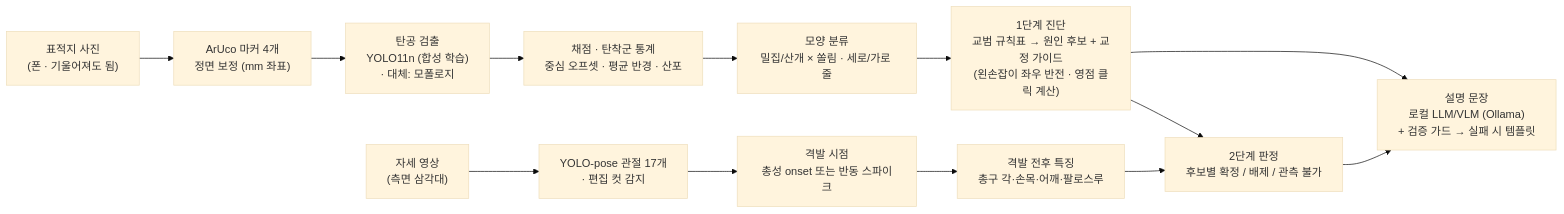
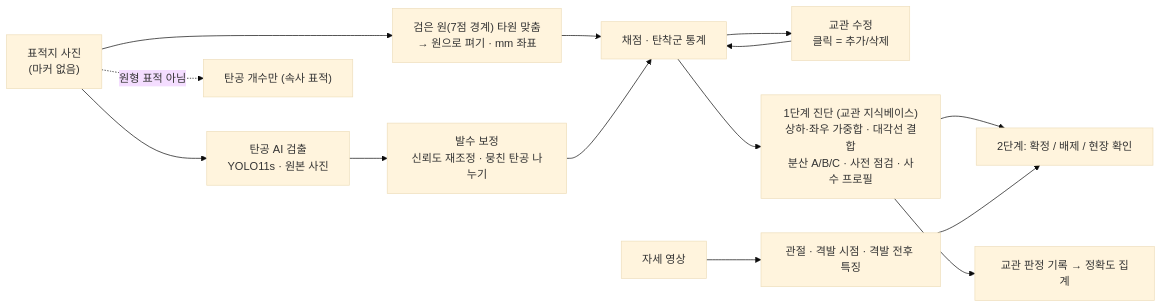
The diagram in docs/architecture.md (eeejy/shootcoach), drawn with Mermaid (base theme) before and after one commit. The commit also changed other lines of this file and 68 other files, not shown here.

````diff
--- a/docs/architecture.md
+++ b/docs/architecture.md
@@ -3,15 +3,16 @@
 ```mermaid
 flowchart LR
-  A["표적지 사진<br>(폰 · 기울어져도 됨)"] --> B["ArUco 마커 4개<br>정면 보정 (mm 좌표)"]
-  B --> C["탄공 검출<br>YOLO11n (합성 학습)<br>· 대체: 모폴로지"]
-  C --> D["채점 · 탄착군 통계<br>중심 오프셋 · 평균 반경 · 산포"]
-  D --> E["모양 분류<br>밀집/산개 × 쏠림 · 세로/가로 줄"]
-  E --> F["1단계 진단<br>교범 규칙표 → 원인 후보 + 교정 가이드<br>(왼손잡이 좌우 반전 · 영점 클릭 계산)"]
-  V["자세 영상<br>(측면 삼각대)"] --> G["YOLO-pose 관절 17개<br>· 편집 컷 감지"]
-  G --> H["격발 시점<br>총성 onset 또는 반동 스파이크"]
-  H --> I["격발 전후 특징<br>총구 각·손목·어깨·팔로스루"]
-  F --> J["2단계 판정<br>후보별 확정 / 배제 / 관측 불가"]
-  I --> J
-  J --> K["설명 문장<br>로컬 LLM/VLM (Ollama)<br>+ 검증 가드 → 실패 시 템플릿"]
-  F --> K
+  A["표적지 사진<br>(마커 없음)"] --> B["검은 원(7점 경계) 타원 맞춤<br>→ 원으로 펴기 · mm 좌표"]
+  A --> C["탄공 AI 검출<br>YOLO11s · 원본 사진"]
+  C --> D["발수 보정<br>신뢰도 재조정 · 뭉친 탄공 나누기"]
+  B --> E["채점 · 탄착군 통계"]
+  D --> E
+  E --> F["교관 수정<br>클릭 = 추가/삭제"]
+  F --> E
+  E --> G["1단계 진단 (교관 지식베이스)<br>상하·좌우 가중합 · 대각선 결합<br>분산 A/B/C · 사전 점검 · 사수 프로필"]
+  V["자세 영상"] --> H["관절 · 격발 시점 · 격발 전후 특징"]
+  G --> I["2단계: 확정 / 배제 / 현장 확인"]
+  H --> I
+  G --> J["교관 판정 기록 → 정확도 집계"]
+  A -. 원형 표적 아님 .-> K["탄공 개수만 (속사 표적)"]
 ```
````
